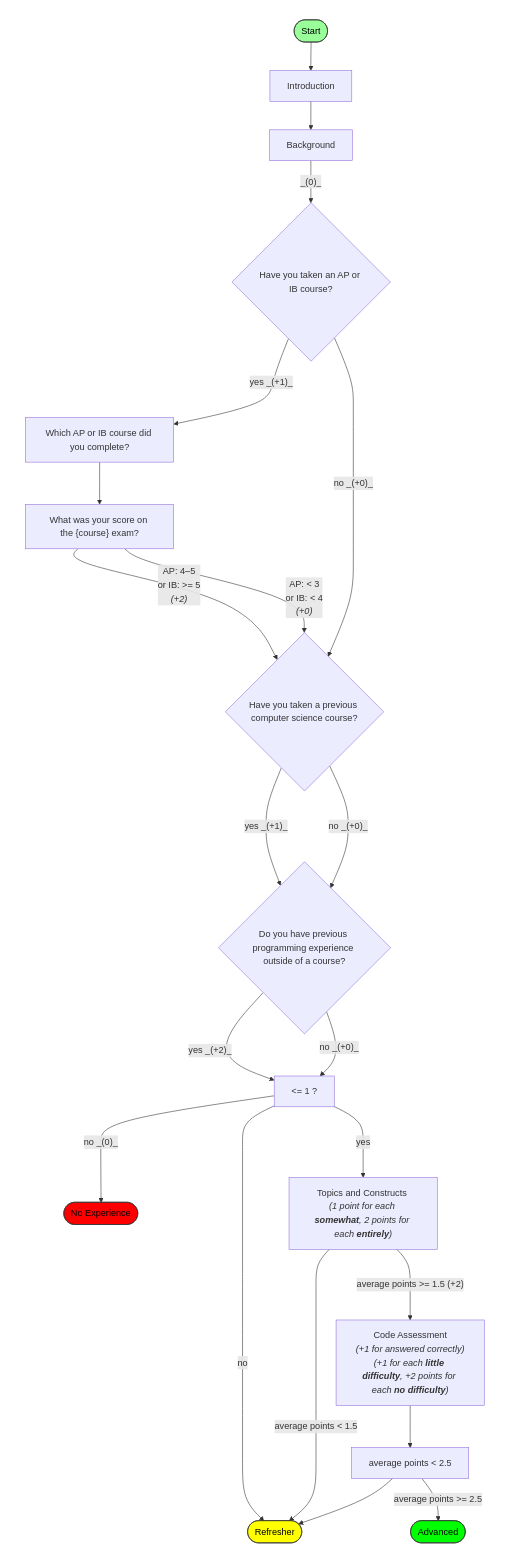
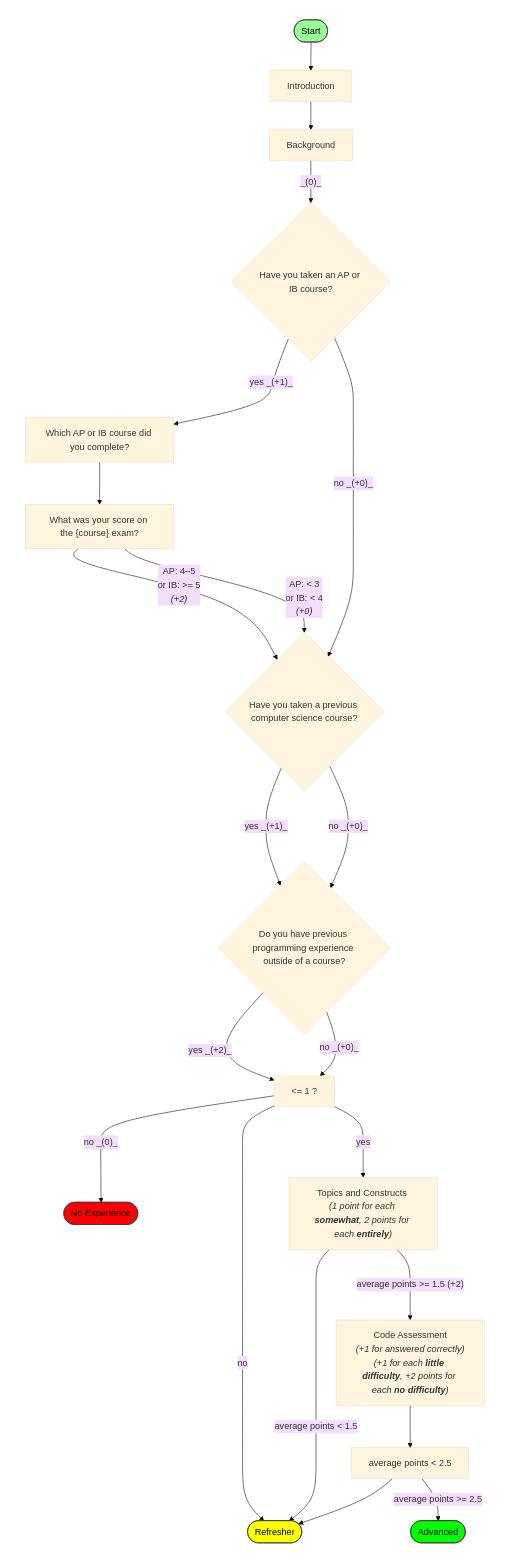
One commit to sonylnagale/cis-2300-placement changed the diagram in cis-placement/diagrams/flowchart.mmd. Above: the diagram before and after it, drawn with Mermaid. The commit also changed 19 other files, not shown here.

```diff
--- a/cis-placement/diagrams/flowchart.mmd
+++ b/cis-placement/diagrams/flowchart.mmd
@@ -1,69 +1,73 @@
 ---
 config:
   flowchart:
     curve: basis
-    theme: default
+  theme: base
+  themeVariables:
+    fontSize: 16px
+    textColor: #000
+    mainBkg: #fff
 ---
 
 flowchart TB
   
   subgraph C["&nbsp;"]
     your_previous_experience{"Do you have previous programming experience outside of a course?"} -- yes _(+2)_ --> condition
     your_previous_experience{"Do you have previous programming experience outside of a course?"} -- no _(+0)_ --> condition
   end
   
   score -- "`AP: 4–5 
     or IB: >= 5 
     _(+2)_`"  --> Course
   score -- "`AP: < 3 
   or IB: < 4 
   _(+0)_`" --> Course
   Course -- yes _(+1)_--> your_previous_experience
   
   
   subgraph F["&nbsp;"]
    condition -- no  _(0)_ --> End_A(["No Experience"])
   end
   condition[" <= 1 ?"] -- no --> End_B
   topics_and_constructs -- average points < 1.5  --> End_B(["Refresher"])
 
   condition -- yes --> topics_and_constructs
   topics_and_constructs["`Topics and Constructs 
   _(1 point for each **somewhat**, 2 points for each **entirely**)_
   `"]
 
   subgraph A["&nbsp;"]
       Start([Start]) --> introduction["Introduction"]
       introduction --> background["Background"]
       background -- _(0)_ --> AP{"Have you taken an AP or IB course?"}
       AP -- no _(+0)_ --> Course{"Have you taken a previous computer science course?"}
       Course -- no _(+0)_ --> your_previous_experience
   end
   
   subgraph B["&nbsp;"]
     AP -- yes _(+1)_ --> which_AP["Which AP or IB course did you complete?"]
     which_AP --> score["What was your score on the {course} exam?"]
   end
 
   topics_and_constructs["`Topics and Constructs 
     _(1 point for each **somewhat**, 2 points for each **entirely**)_
     `"] -- average points >= 1.5 (+2) --> code_assessment
   
   subgraph E["&nbsp;"]
     code_assessment["`Code Assessment
     _(+1 for answered correctly)_
     _(+1 for each **little difficulty**, +2 points for each **no difficulty**)_
     `"] --> condition2[" average points < 2.5 "] --> End_B
     condition2 -- average points >= 2.5 --> End_C 
     End_C(["Advanced"])
   end
   style A fill:none,stroke:none
   style B fill:none,stroke:none
   style C fill:none,stroke:none
   style E fill:none,stroke:none
   style F fill:none,stroke:none
   style Start fill:#9f9,stroke:#333,stroke-width:1px,color:#000
   style End_A fill:#f00,stroke:#333,stroke-width:1px,color:#000
   style End_B fill:#ff0,stroke:#333,stroke-width:1px,color:#000
   style End_C fill:#0f0,stroke:#333,stroke-width:1px,color:#000
   %% style End_C fill:#0f0,stroke:#333,stroke-width:1px,color:#000
```
